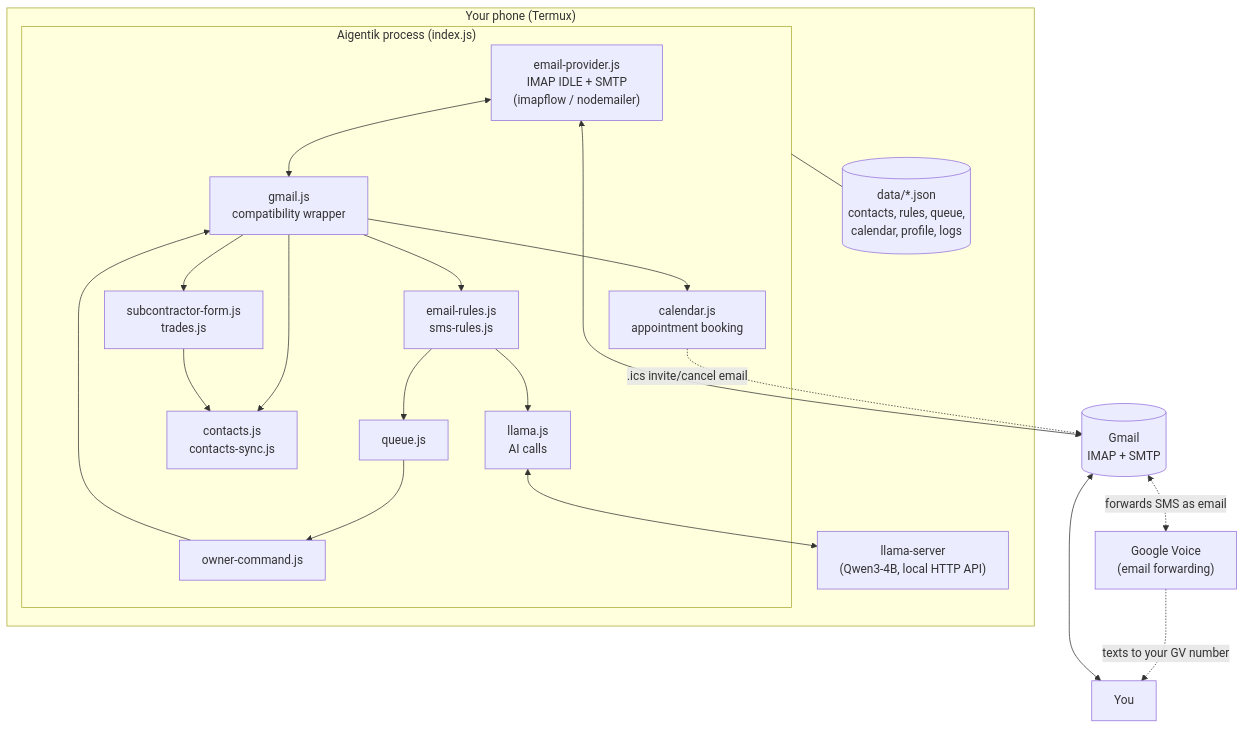
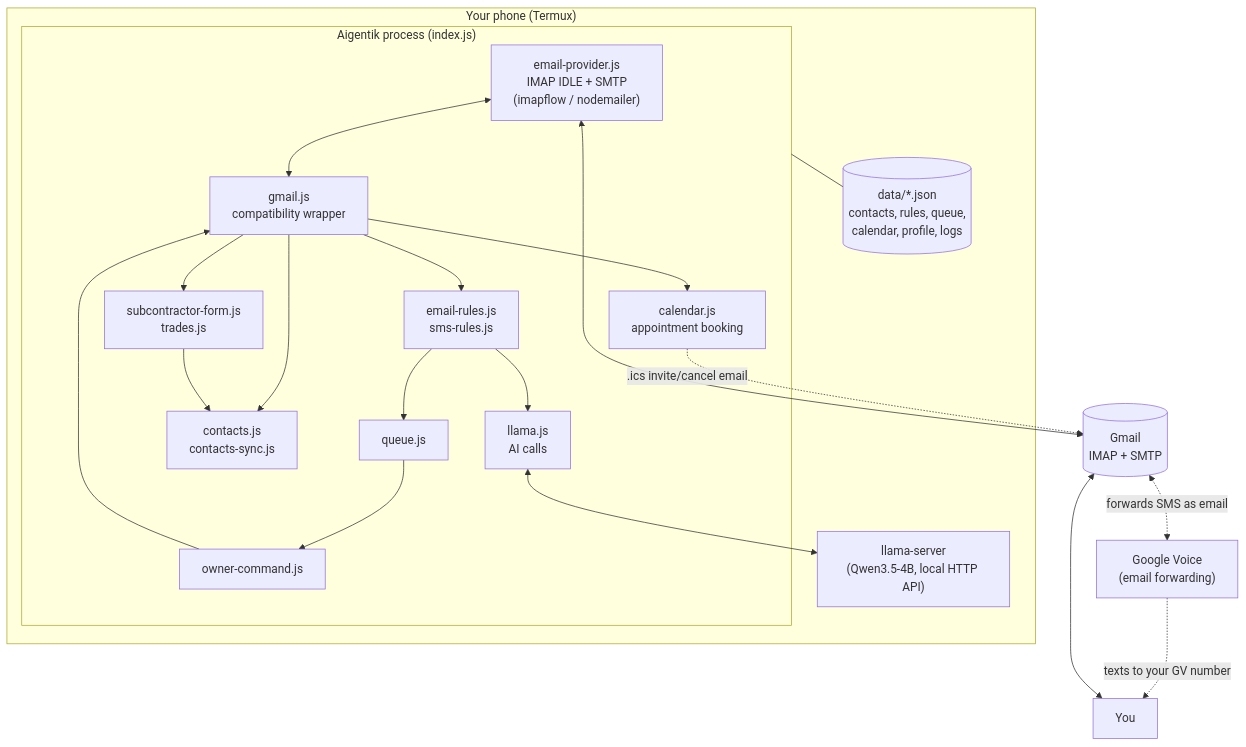
The diagram in README.md (Ishabdullah/Aigentik-CLI), drawn with Mermaid before and after one commit. The commit also changed 4 other files, not shown here.

First line of the commit message:
Switch default local model from Qwen3-4B to Qwen3.5-4B

````diff
--- a/README.md
+++ b/README.md
@@ -66,39 +66,39 @@
 ```mermaid
 flowchart TB
     subgraph device["Your phone (Termux)"]
         subgraph core["Aigentik process (index.js)"]
             EP["email-provider.js\nIMAP IDLE + SMTP\n(imapflow / nodemailer)"]
             GM["gmail.js\ncompatibility wrapper"]
             RULES["email-rules.js\nsms-rules.js"]
             LLM["llama.js\nAI calls"]
             CT["contacts.js\ncontacts-sync.js"]
             CAL["calendar.js\nappointment booking"]
             SC["subcontractor-form.js\ntrades.js"]
             Q["queue.js"]
             OC["owner-command.js"]
         end
-        LS["llama-server\n(Qwen3-4B, local HTTP API)"]
+        LS["llama-server\n(Qwen3.5-4B, local HTTP API)"]
         DATA[("data/*.json\ncontacts, rules, queue,\ncalendar, profile, logs")]
     end
     GMAIL[("Gmail\nIMAP + SMTP")]
     GV["Google Voice\n(email forwarding)"]
     YOU["You"]
 
     GMAIL <--> EP
     EP <--> GM
     GM --> RULES
     RULES --> LLM
     LLM <--> LS
     GM --> CT
     GM --> CAL
     GM --> SC
     SC --> CT
     CAL -. ".ics invite/cancel email" .-> GMAIL
     RULES --> Q
     Q --> OC
     OC --> GM
     GMAIL <-. forwards SMS as email .-> GV
     GV -. "texts to your GV number" .-> YOU
     YOU <--> GMAIL
     core --- DATA
 ```
````
